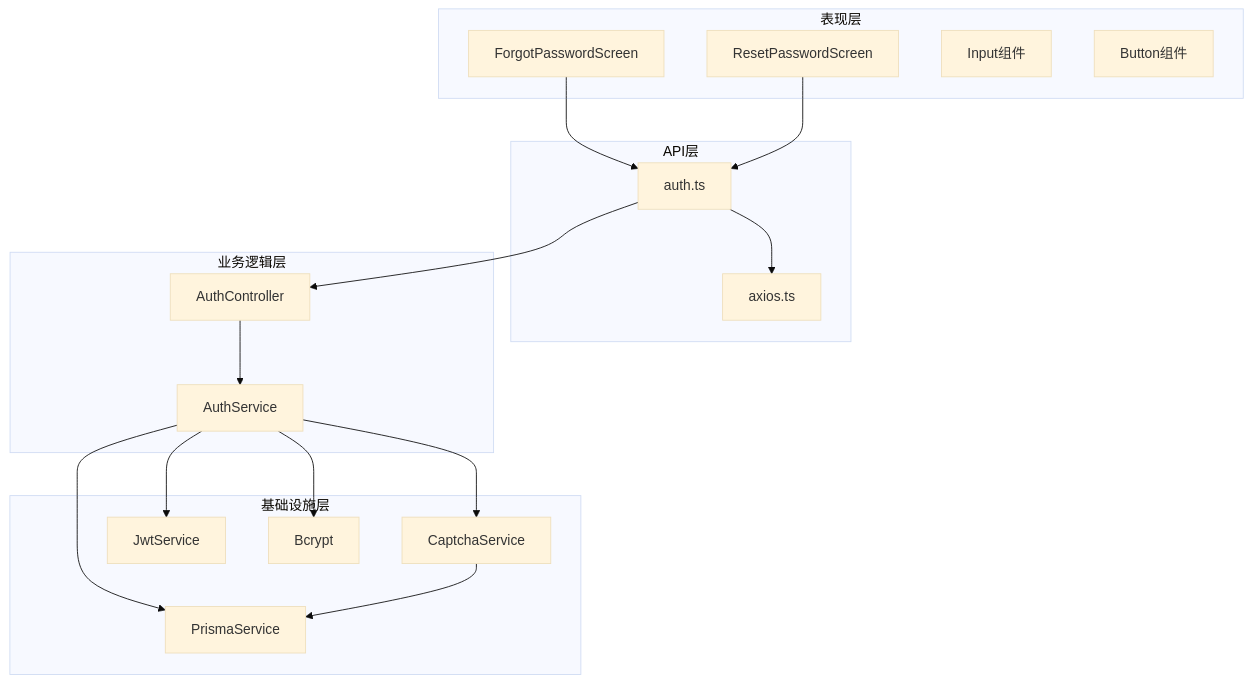
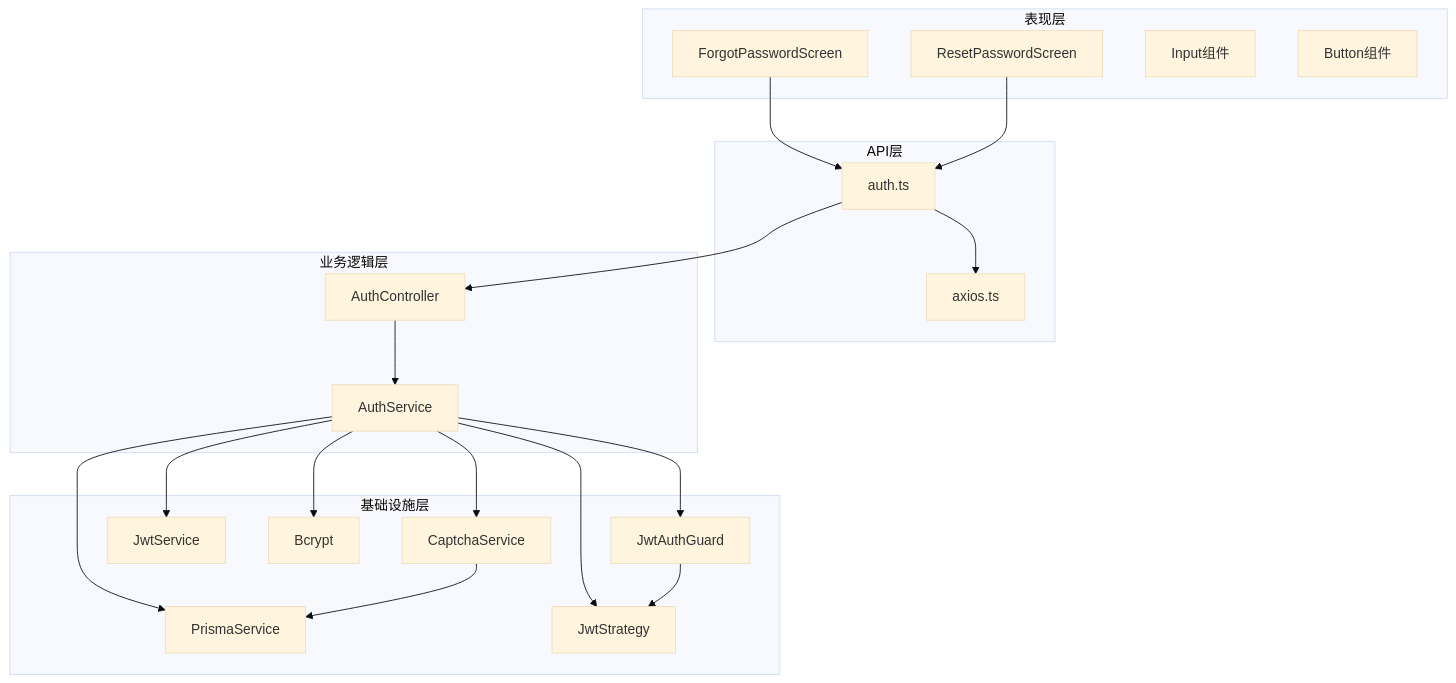
The tenth of 10 diagrams in .qoder/repowiki/zh/content/前端开发指南/页面架构/认证页面/密码重置页面.md (lsqwawa/free-dress), drawn with Mermaid (base theme) before and after one commit. The commit also changed other lines of this file and 55 other files, not shown here.

````diff
--- a/.qoder/repowiki/zh/content/前端开发指南/页面架构/认证页面/密码重置页面.md
+++ b/.qoder/repowiki/zh/content/前端开发指南/页面架构/认证页面/密码重置页面.md
@@ -290,33 +374,38 @@
 ```mermaid
 graph TB
 subgraph "表现层"
 FP[ForgotPasswordScreen]
 RP[ResetPasswordScreen]
 INPUT[Input组件]
 BTN[Button组件]
 end
 subgraph "API层"
 API[auth.ts]
 AXIOS[axios.ts]
 end
 subgraph "业务逻辑层"
 AC[AuthController]
 AS[AuthService]
 end
 subgraph "基础设施层"
 CS[CaptchaService]
 PRISMA[PrismaService]
 JWT[JwtService]
 BC[Bcrypt]
+JWT_GUARD[JwtAuthGuard]
+JWT_STRATEGY[JwtStrategy]
 end
 FP --> API
 RP --> API
 API --> AXIOS
 API --> AC
 AC --> AS
 AS --> CS
 AS --> PRISMA
 AS --> JWT
+AS --> JWT_GUARD
+AS --> JWT_STRATEGY
 CS --> PRISMA
 AS --> BC
+JWT_GUARD --> JWT_STRATEGY
 ```
````
